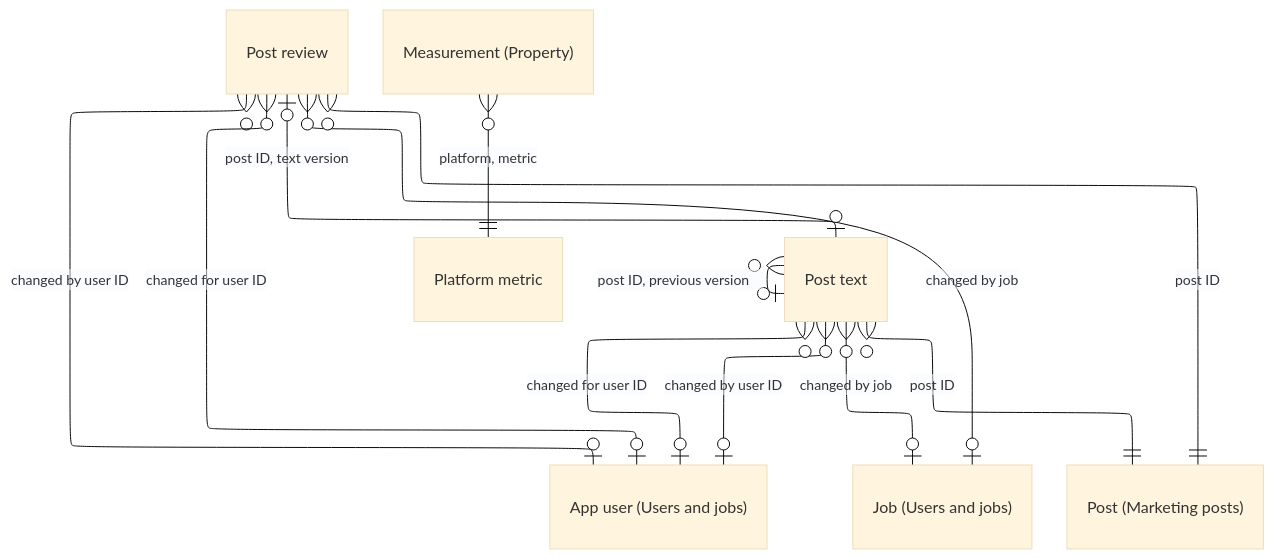
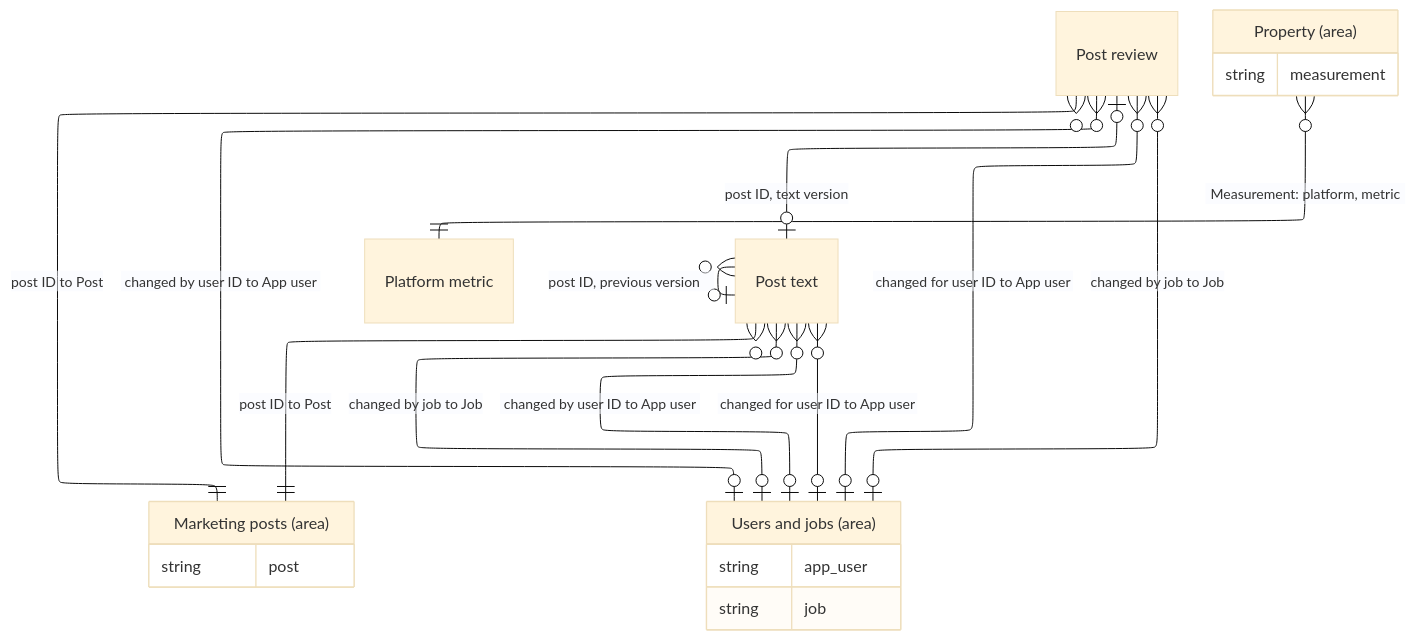
The diagram in docs/database/tables/viewpoint-marketing-review.md (DoctorCRE/doctorcre-engine), drawn with Mermaid (base theme) before and after one commit. The commit also changed 152 other files, not shown here.

````diff
--- a/docs/database/tables/viewpoint-marketing-review.md
+++ b/docs/database/tables/viewpoint-marketing-review.md
@@ -3,24 +3,34 @@
 ```mermaid
 ---
 config:
   layout: elk
   er:
     nodeSpacing: 22
     rankSpacing: 44
 ---
 erDiagram
   "Platform metric"
   "Post review"
   "Post text"
-  "Measurement (Property)" }o--|| "Platform metric" : "platform, metric"
-  "Post review" }o--o| "App user (Users and jobs)" : "changed by user ID"
-  "Post review" }o--o| "App user (Users and jobs)" : "changed for user ID"
-  "Post review" }o--o| "Job (Users and jobs)" : "changed by job"
-  "Post review" }o--|| "Post (Marketing posts)" : "post ID"
+  "Marketing posts (area)" {
+    string post
+  }
+  "Property (area)" {
+    string measurement
+  }
+  "Users and jobs (area)" {
+    string app_user
+    string job
+  }
+  "Property (area)" }o--|| "Platform metric" : "Measurement: platform, metric"
+  "Post review" }o--o| "Users and jobs (area)" : "changed by user ID to App user"
+  "Post review" }o--o| "Users and jobs (area)" : "changed for user ID to App user"
+  "Post review" }o--o| "Users and jobs (area)" : "changed by job to Job"
+  "Post review" }o--|| "Marketing posts (area)" : "post ID to Post"
   "Post review" |o--o| "Post text" : "post ID, text version"
-  "Post text" }o--o| "App user (Users and jobs)" : "changed by user ID"
-  "Post text" }o--o| "App user (Users and jobs)" : "changed for user ID"
-  "Post text" }o--o| "Job (Users and jobs)" : "changed by job"
-  "Post text" }o--|| "Post (Marketing posts)" : "post ID"
+  "Post text" }o--o| "Users and jobs (area)" : "changed by user ID to App user"
+  "Post text" }o--o| "Users and jobs (area)" : "changed for user ID to App user"
+  "Post text" }o--o| "Users and jobs (area)" : "changed by job to Job"
+  "Post text" }o--|| "Marketing posts (area)" : "post ID to Post"
   "Post text" }o--o| "Post text" : "post ID, previous version#160;#160;#160;#160;"
 ```
````
